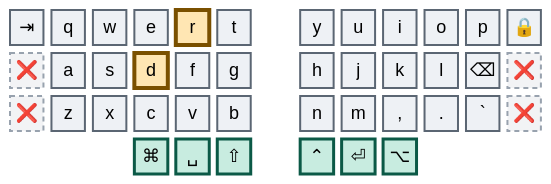
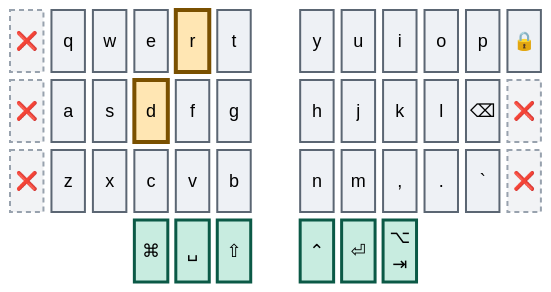
Before and after one commit to abloch/zmk-corne: the third of 41 diagrams in combos.md, drawn with Mermaid. The commit also changed other lines of this file and 5 other files, not shown here.

````diff
--- a/combos.md
+++ b/combos.md
@@ -77,21 +77,21 @@
 ```mermaid
 %%{init: {'theme':'base','themeVariables':{'primaryColor':'#eef1f5','primaryTextColor':'#0b0f14','primaryBorderColor':'#5b6673','nodeTextColor':'#0b0f14','textColor':'#0b0f14','mainBkg':'#eef1f5','fontSize':'18px'}}}%%
 block
 columns 13
 
-  tab["⇥"] q w e r t space y u i o p lock["🔒"]
+  tab["❌"] q w e r t space y u i o p lock["🔒"]
   x4["❌"] a s d f g space h j k l bspc["⌫"] x1["❌"]
   x2["❌"] z x c v b space n m cma[","] dot["."] grv[" `"] x3["❌"]
-  space:3 cmd["⌘"] spc["␣"] sft["⇧"] space ctl["⌃"] ent["⏎"] alt["⌥"] space:3
+  space:3 cmd["⌘"] spc["␣"] sft["⇧"] space ctl["⌃"] ent["⏎"] alt["⌥<br/>⇥"] space:3
 
   classDef anchor fill:#bfe6f0,stroke:#0a4f63,stroke-width:4px,color:#04222b
   classDef trig fill:#ffe6b3,stroke:#7a5000,stroke-width:4px,color:#2e1e00
   classDef core fill:#eef1f5,stroke:#5b6673,stroke-width:2px,color:#0b0f14
   classDef thumb fill:#c8ece0,stroke:#0b5946,stroke-width:3px,color:#06241c
   classDef dead fill:#f2f3f5,stroke:#98a2ae,stroke-width:2px,stroke-dasharray:5 4,color:#5b6673
 
   class r,d trig
-  class tab,q,w,e,t,y,u,i,o,p,lock,a,s,f,g,h,j,k,l,bspc,z,x,c,v,b,n,m,cma,dot,grv core
+  class q,w,e,t,y,u,i,o,p,lock,a,s,f,g,h,j,k,l,bspc,z,x,c,v,b,n,m,cma,dot,grv core
   class cmd,spc,sft,ctl,ent,alt thumb
-  class x1,x2,x3,x4 dead
+  class tab,x1,x2,x3,x4 dead
 ```
````
